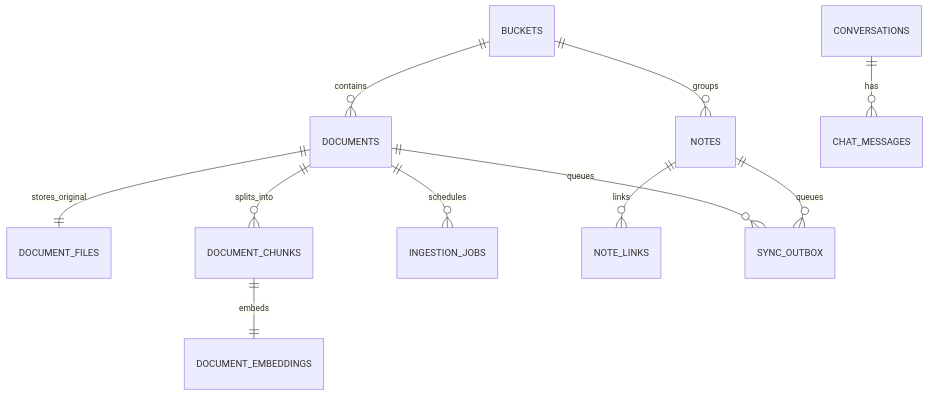
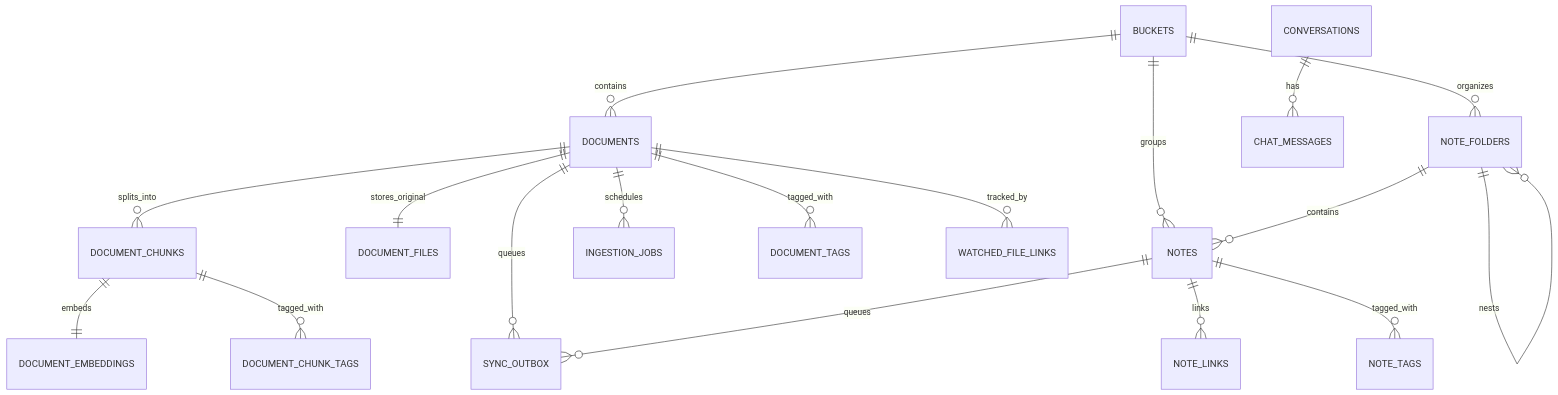
Before and after one commit to Ermolz69/localmind-rag: the diagram in docs/architecture/database.md, drawn with Mermaid. The commit also changed other lines of this file and 8 other files, not shown here.

Commit message:
docs: update architecture and requirements

````diff
--- a/docs/architecture/database.md
+++ b/docs/architecture/database.md
@@ -5,13 +5,20 @@
 ```mermaid
 erDiagram
     BUCKETS ||--o{ DOCUMENTS : contains
     BUCKETS ||--o{ NOTES : groups
+    BUCKETS ||--o{ NOTE_FOLDERS : organizes
     DOCUMENTS ||--|| DOCUMENT_FILES : stores_original
     DOCUMENTS ||--o{ DOCUMENT_CHUNKS : splits_into
     DOCUMENT_CHUNKS ||--|| DOCUMENT_EMBEDDINGS : embeds
     DOCUMENTS ||--o{ INGESTION_JOBS : schedules
+    DOCUMENTS ||--o{ DOCUMENT_TAGS : tagged_with
+    DOCUMENT_CHUNKS ||--o{ DOCUMENT_CHUNK_TAGS : tagged_with
+    DOCUMENTS ||--o{ WATCHED_FILE_LINKS : tracked_by
     CONVERSATIONS ||--o{ CHAT_MESSAGES : has
     NOTES ||--o{ NOTE_LINKS : links
+    NOTES ||--o{ NOTE_TAGS : tagged_with
+    NOTE_FOLDERS ||--o{ NOTE_FOLDERS : nests
+    NOTE_FOLDERS ||--o{ NOTES : contains
     DOCUMENTS ||--o{ SYNC_OUTBOX : queues
     NOTES ||--o{ SYNC_OUTBOX : queues
 ```
````
